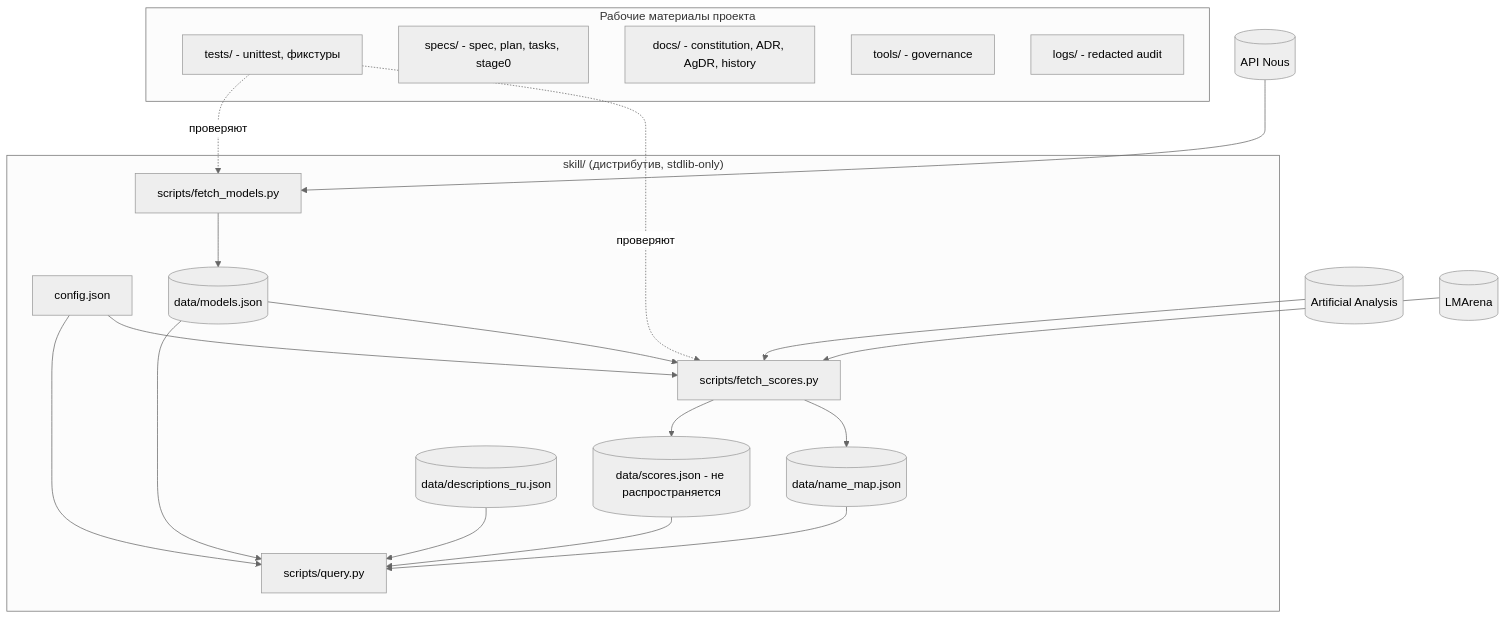
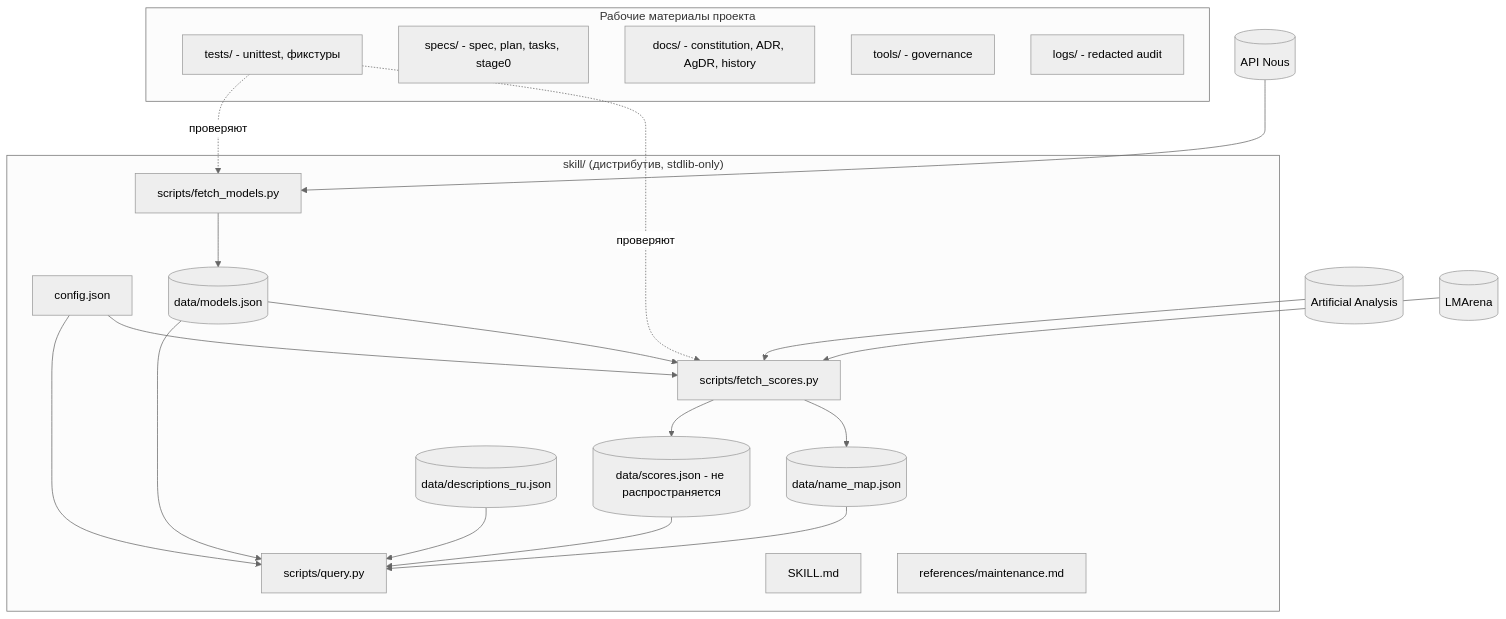
One commit to thetamorphose/hermes-model-advisor changed the diagram in docs/architecture/containers.md. Above: the diagram before and after it, drawn with Mermaid (neutral theme). The commit also changed other lines of this file and 6 other files, not shown here.

First line of the commit message:
docs: SKILL.md, maintenance.md, translation procedure and 67 descriptions (AC-15, AC-19)

````diff
--- a/docs/architecture/containers.md
+++ b/docs/architecture/containers.md
@@ -5,35 +5,37 @@
 ```mermaid
 graph TB
     subgraph Skill["skill/ (дистрибутив, stdlib-only)"]
       FM[scripts/fetch_models.py]
       FS[scripts/fetch_scores.py]
       Q[scripts/query.py]
       Cfg[config.json]
+      SkillMd[SKILL.md]
+      Maint[references/maintenance.md]
       Models[(data/models.json)]
       Scores[(data/scores.json - не распространяется)]
       NameMap[(data/name_map.json)]
       Desc[(data/descriptions_ru.json)]
     end
     subgraph Project["Рабочие материалы проекта"]
       Tests[tests/ - unittest, фикстуры]
       Specs[specs/ - spec, plan, tasks, stage0]
       Docs[docs/ - constitution, ADR, AgDR, history]
       Tools[tools/ - governance]
       Logs[logs/ - redacted audit]
     end
     Nous[(API Nous)] --> FM
     FM --> Models
     AA[(Artificial Analysis)] --> FS
     Arena[(LMArena)] --> FS
     FS --> Scores
     FS --> NameMap
     Models --> Q
     Scores --> Q
     NameMap --> Q
     Desc --> Q
     Cfg --> Q
     Cfg --> FS
     Models --> FS
     Tests -.проверяют.-> FM
     Tests -.проверяют.-> FS
 ```
````
